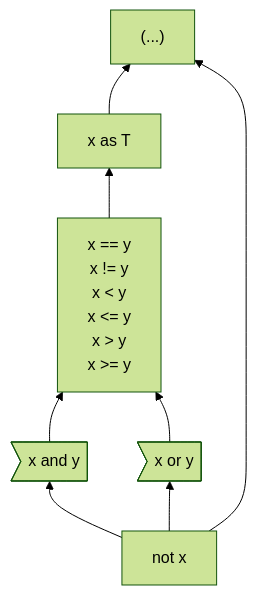
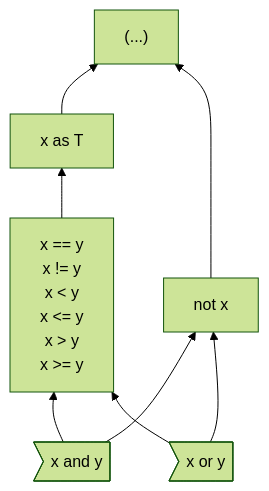
The first of 2 diagrams in docs/design/expressions/README.md (carbon-language/carbon-lang), drawn with Mermaid (forest theme) before and after one commit.

Commit message:
Graph fix

````diff
--- a/docs/design/expressions/README.md
+++ b/docs/design/expressions/README.md
@@ -66,14 +66,13 @@
 ```mermaid
 graph BT
     parens["(...)"]
     as["x as T"]
     not["not x"]
     comparison["x == y<br> x != y<br> x < y<br> x <= y<br> x > y<br> x >= y"]
     and>"x and y"]
     or>"x or y"]
 
     as & not --> parens
     comparison --> as
-    not --> and & or
-    and & or --> comparison
+    and & or --> comparison & not
 ```
````
